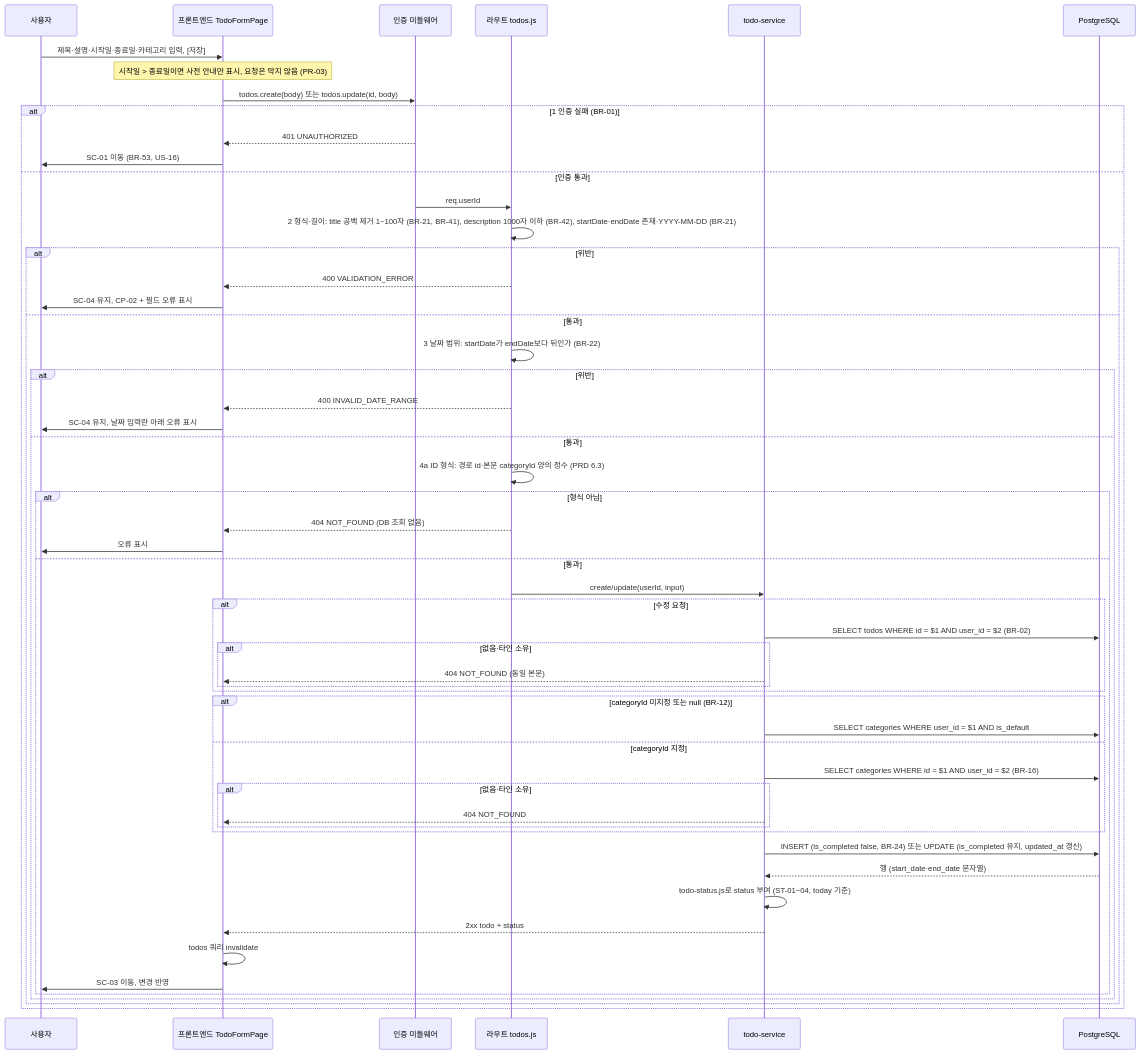
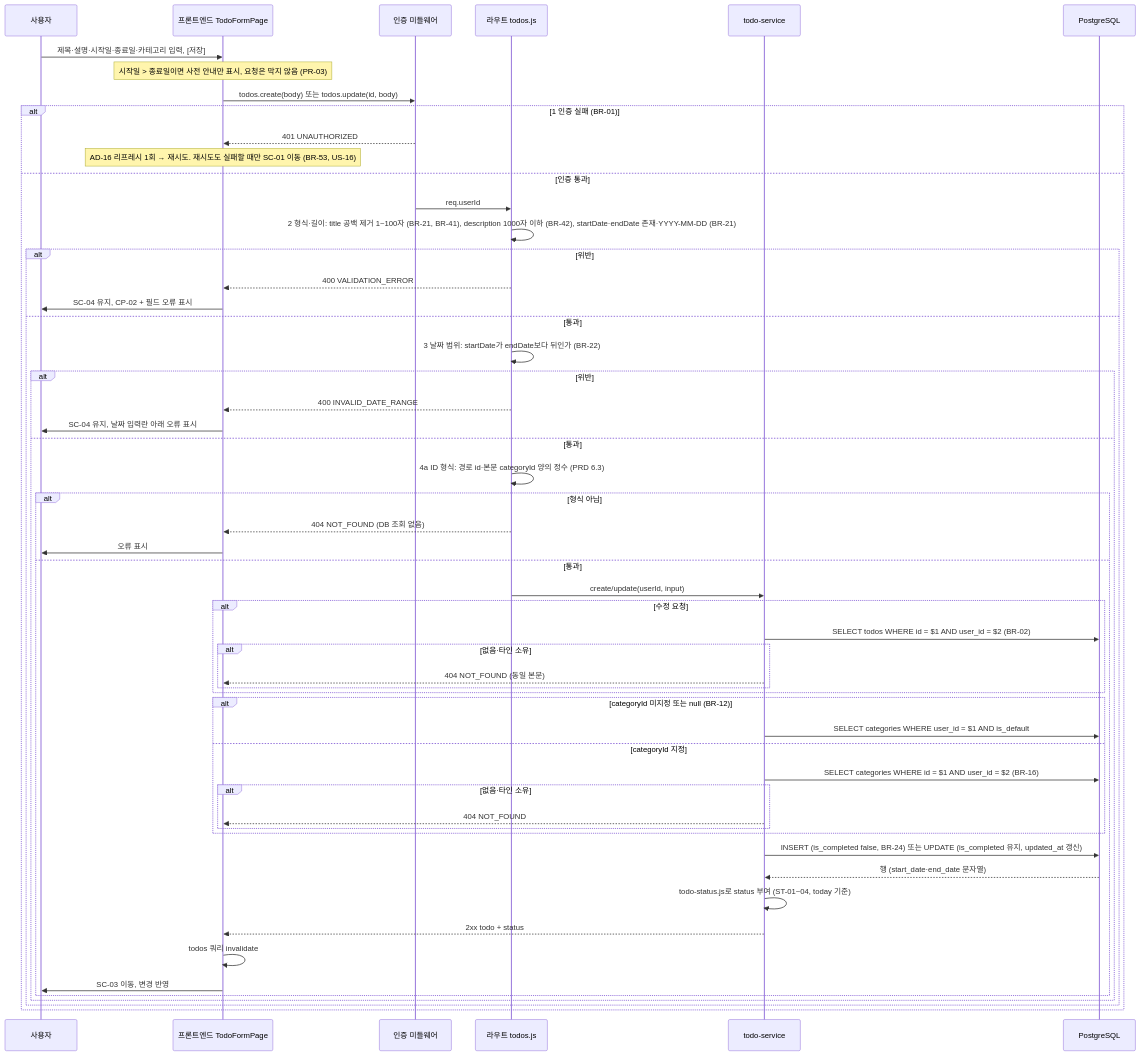
Before and after one commit to okbaronok2-tech/todolist_app: the eighth of 15 diagrams in docs/6-arch-diagram.md, drawn with Mermaid. The commit also changed other lines of this file and 8 other files, not shown here.

````diff
--- a/docs/6-arch-diagram.md
+++ b/docs/6-arch-diagram.md
@@ -350,58 +351,58 @@
 ```mermaid
 sequenceDiagram
     participant U as 사용자
     participant FE as 프론트엔드 TodoFormPage
     participant MW as 인증 미들웨어
     participant RT as 라우트 todos.js
     participant SV as todo-service
     participant DB as PostgreSQL
 
     U->>FE: 제목·설명·시작일·종료일·카테고리 입력, [저장]
     Note over FE: 시작일 > 종료일이면 사전 안내만 표시, 요청은 막지 않음 (PR-03)
     FE->>MW: todos.create(body) 또는 todos.update(id, body)
     alt 1 인증 실패 (BR-01)
         MW-->>FE: 401 UNAUTHORIZED
-        FE->>U: SC-01 이동 (BR-53, US-16)
+        Note over FE: AD-16 리프레시 1회 → 재시도. 재시도도 실패할 때만 SC-01 이동 (BR-53, US-16)
     else 인증 통과
         MW->>RT: req.userId
         RT->>RT: 2 형식·길이: title 공백 제거 1~100자 (BR-21, BR-41), description 1000자 이하 (BR-42), startDate·endDate 존재·YYYY-MM-DD (BR-21)
         alt 위반
             RT-->>FE: 400 VALIDATION_ERROR
             FE->>U: SC-04 유지, CP-02 + 필드 오류 표시
         else 통과
             RT->>RT: 3 날짜 범위: startDate가 endDate보다 뒤인가 (BR-22)
             alt 위반
                 RT-->>FE: 400 INVALID_DATE_RANGE
                 FE->>U: SC-04 유지, 날짜 입력란 아래 오류 표시
             else 통과
                 RT->>RT: 4a ID 형식: 경로 id·본문 categoryId 양의 정수 (PRD 6.3)
                 alt 형식 아님
                     RT-->>FE: 404 NOT_FOUND (DB 조회 없음)
                     FE->>U: 오류 표시
                 else 통과
                     RT->>SV: create/update(userId, input)
                     alt 수정 요청
                         SV->>DB: SELECT todos WHERE id = $1 AND user_id = $2 (BR-02)
                         alt 없음·타인 소유
                             SV-->>FE: 404 NOT_FOUND (동일 본문)
                         end
                     end
                     alt categoryId 미지정 또는 null (BR-12)
                         SV->>DB: SELECT categories WHERE user_id = $1 AND is_default
                     else categoryId 지정
                         SV->>DB: SELECT categories WHERE id = $1 AND user_id = $2 (BR-16)
                         alt 없음·타인 소유
                             SV-->>FE: 404 NOT_FOUND
                         end
                     end
                     SV->>DB: INSERT (is_completed false, BR-24) 또는 UPDATE (is_completed 유지, updated_at 갱신)
                     DB-->>SV: 행 (start_date·end_date 문자열)
                     SV->>SV: todo-status.js로 status 부여 (ST-01~04, today 기준)
                     SV-->>FE: 2xx todo + status
                     FE->>FE: todos 쿼리 invalidate
                     FE->>U: SC-03 이동, 변경 반영
                 end
             end
         end
     end
 ```
````
